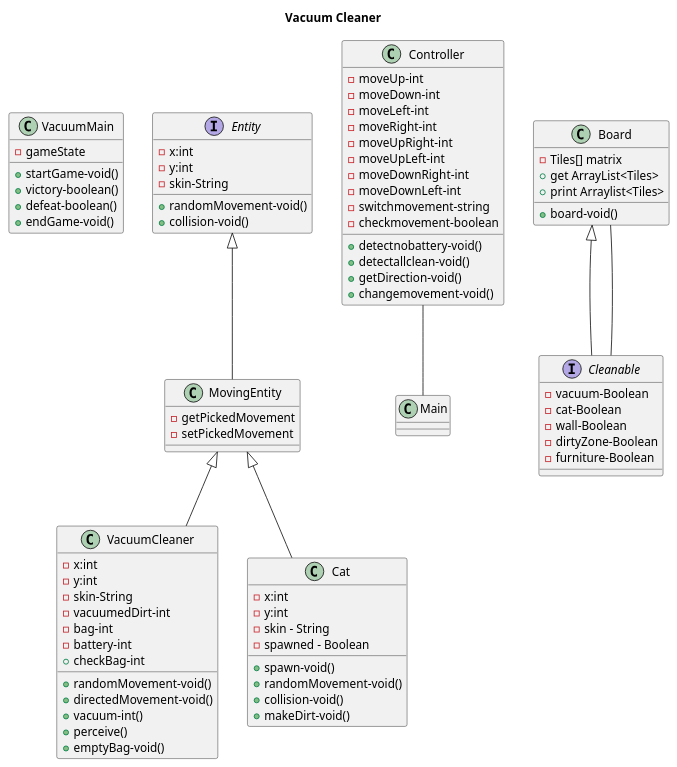
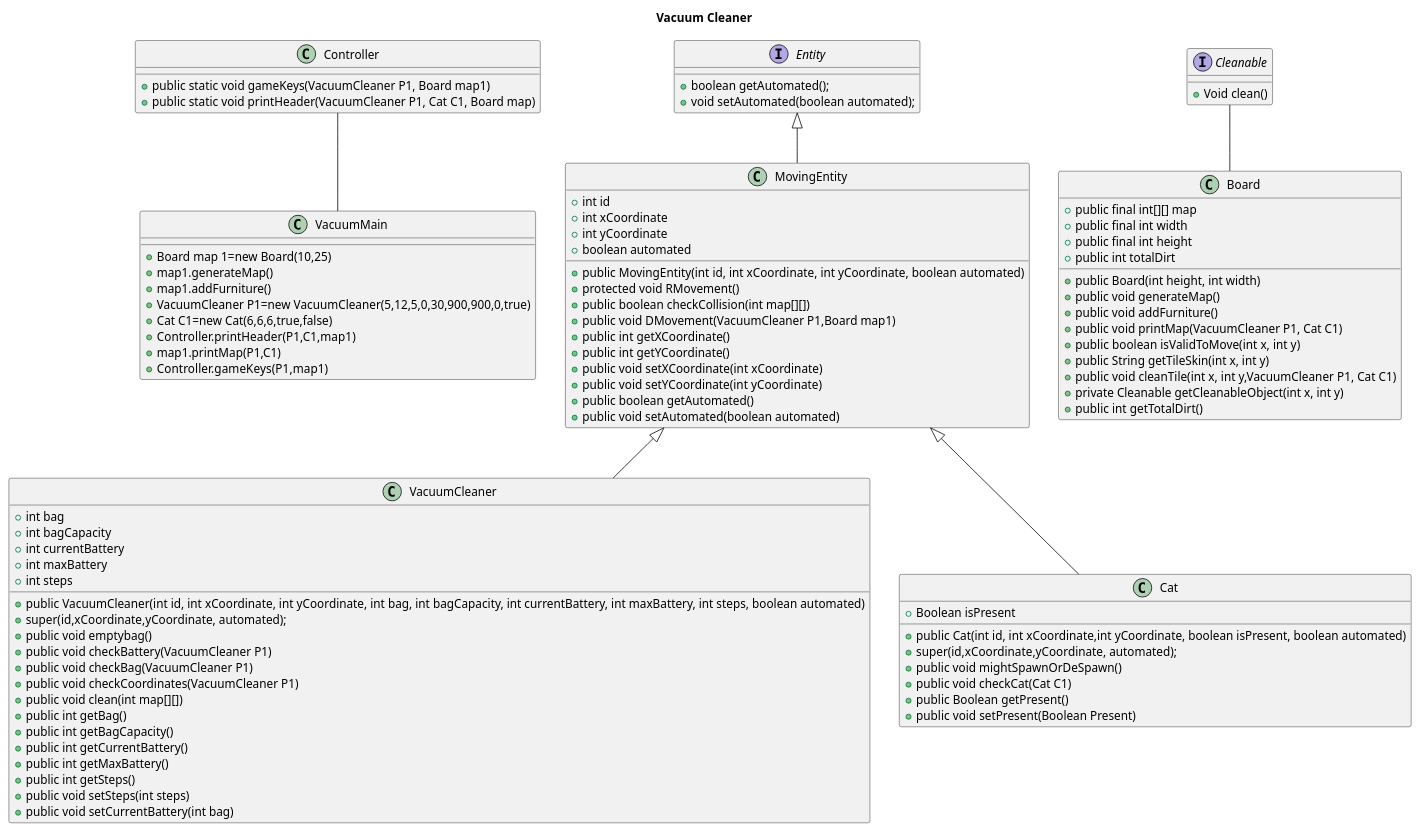
One commit to eabol/awesome-projects-prograii changed the diagram in docs/PlantUML/VacuumPlantUml.puml. Above: the diagram before and after it, drawn with PlantUML. The commit also changed 8 other files, not shown here.

```diff
--- a/docs/PlantUML/VacuumPlantUml.puml
+++ b/docs/PlantUML/VacuumPlantUml.puml
@@ -1,82 +1,95 @@
 @startuml
 'https://plantuml.com/sequence-diagram
 title Vacuum Cleaner
 class VacuumMain{
-		-gameState
-		+startGame-void()
-		+victory-boolean()
-		+defeat-boolean()
-		+endGame-void()
+		+Board map 1=new Board(10,25)
+		+map1.generateMap()
+		+map1.addFurniture()
+		+VacuumCleaner P1=new VacuumCleaner(5,12,5,0,30,900,900,0,true)
+		+Cat C1=new Cat(6,6,6,true,false)
+		+Controller.printHeader(P1,C1,map1)
+		+map1.printMap(P1,C1)
+		+Controller.gameKeys(P1,map1)
 }
 interface Entity{
-       -x:int
-       -y:int
-       -skin-String
-       +randomMovement-void()
-       +collision-void()
+       +boolean getAutomated();
+       +void setAutomated(boolean automated);
 }
 class VacuumCleaner extends MovingEntity {
-		-x:int
-		-y:int
-		-skin-String
-		-vacuumedDirt-int
-		-bag-int
-		-battery-int
-		+randomMovement-void()
-		+directedMovement-void()
-		+vacuum-int()
-		+perceive()
-		+checkBag-int
-		+emptyBag-void()
+		+int bag
+		+int bagCapacity
+		+int currentBattery
+		+int maxBattery
+		+int steps
+		+public VacuumCleaner(int id, int xCoordinate, int yCoordinate, int bag, int bagCapacity, int currentBattery, int maxBattery, int steps, boolean automated)
+        +super(id,xCoordinate,yCoordinate, automated);
+        +public void emptybag()
+        +public void checkBattery(VacuumCleaner P1)
+        +public void checkBag(VacuumCleaner P1)
+        +public void checkCoordinates(VacuumCleaner P1)
+        +public void clean(int map[][])
+        +public int getBag()
+        +public int getBagCapacity()
+        +public int getCurrentBattery()
+        +public int getMaxBattery()
+        +public int getSteps()
+        +public void setSteps(int steps)
+        +public void setCurrentBattery(int bag)
 }
 class Cat extends MovingEntity{
-		-x:int
-		-y:int
-		-skin - String
-		-spawned - Boolean
-		+spawn-void()
-		+randomMovement-void()
-		+collision-void()
-        +makeDirt-void()
+		+Boolean isPresent
+		+public Cat(int id, int xCoordinate,int yCoordinate, boolean isPresent, boolean automated)
+        +super(id,xCoordinate,yCoordinate, automated);
+        +public void mightSpawnOrDeSpawn()
+        +public void checkCat(Cat C1)
+        +public Boolean getPresent()
+        +public void setPresent(Boolean Present)
 }
 class Controller  {
-		-moveUp-int
-        -moveDown-int
-        -moveLeft-int
-        -moveRight-int
-        -moveUpRight-int
-        -moveUpLeft-int
-        -moveDownRight-int
-        -moveDownLeft-int
-        -switchmovement-string
-		-checkmovement-boolean
-		+detectnobattery-void()
-        +detectallclean-void()
-        +getDirection-void()
-		+changemovement-void()
+		+public static void gameKeys(VacuumCleaner P1, Board map1)
+		+public static void printHeader(VacuumCleaner P1, Cat C1, Board map)
+
 }
 class MovingEntity extends Entity{
-	    -getPickedMovement
-	    -setPickedMovement
+	    +int id
+        +int xCoordinate
+        +int yCoordinate
+        +boolean automated
+        +public MovingEntity(int id, int xCoordinate, int yCoordinate, boolean automated)
+        +protected void RMovement()
+        +public boolean checkCollision(int map[][])
+        +public void DMovement(VacuumCleaner P1,Board map1)
+        +public int getXCoordinate()
+        +public int getYCoordinate()
+        +public void setXCoordinate(int xCoordinate)
+        +public void setYCoordinate(int yCoordinate)
+        +public boolean getAutomated()
+        +public void setAutomated(boolean automated)
+
 }
 
 class Board{
-	    -Tiles[] matrix
-        +board-void()
-        +get ArrayList<Tiles>
-        +print Arraylist<Tiles>
+	    +public final int[][] map
+	    +public final int width
+        +public final int height
+        +public int totalDirt
+        +public Board(int height, int width)
+        +public void generateMap()
+        +public void addFurniture()
+        +public void printMap(VacuumCleaner P1, Cat C1)
+        +public boolean isValidToMove(int x, int y)
+        +public String getTileSkin(int x, int y)
+        +public void cleanTile(int x, int y,VacuumCleaner P1, Cat C1)
+        +private Cleanable getCleanableObject(int x, int y)
+        +public int getTotalDirt()
 }
-interface Cleanable extends Board{
-		-vacuum-Boolean
-		-cat-Boolean
-		-wall-Boolean
-		-dirtyZone-Boolean
-		-furniture-Boolean
+interface Cleanable{
+		+Void clean()
 }
 
 
 
 Cleanable -- Board
-Controller -- Main
+Controller -- VacuumMain
 
 @enduml
```
